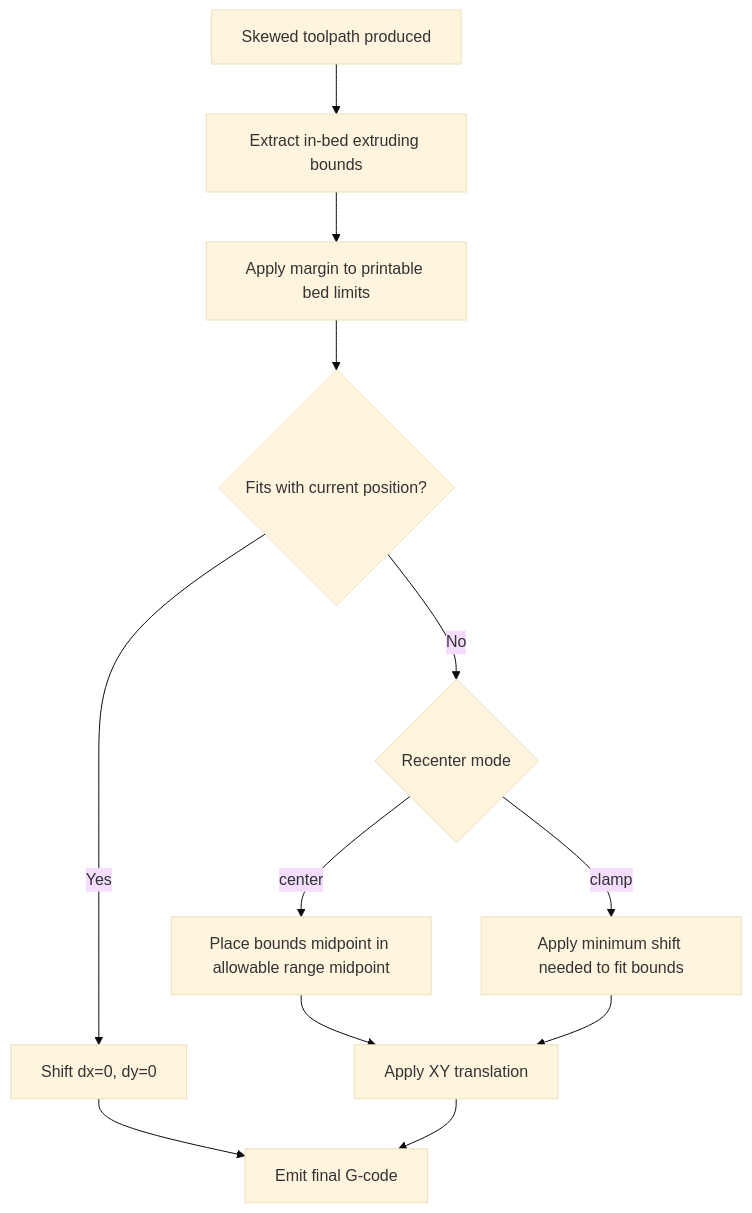
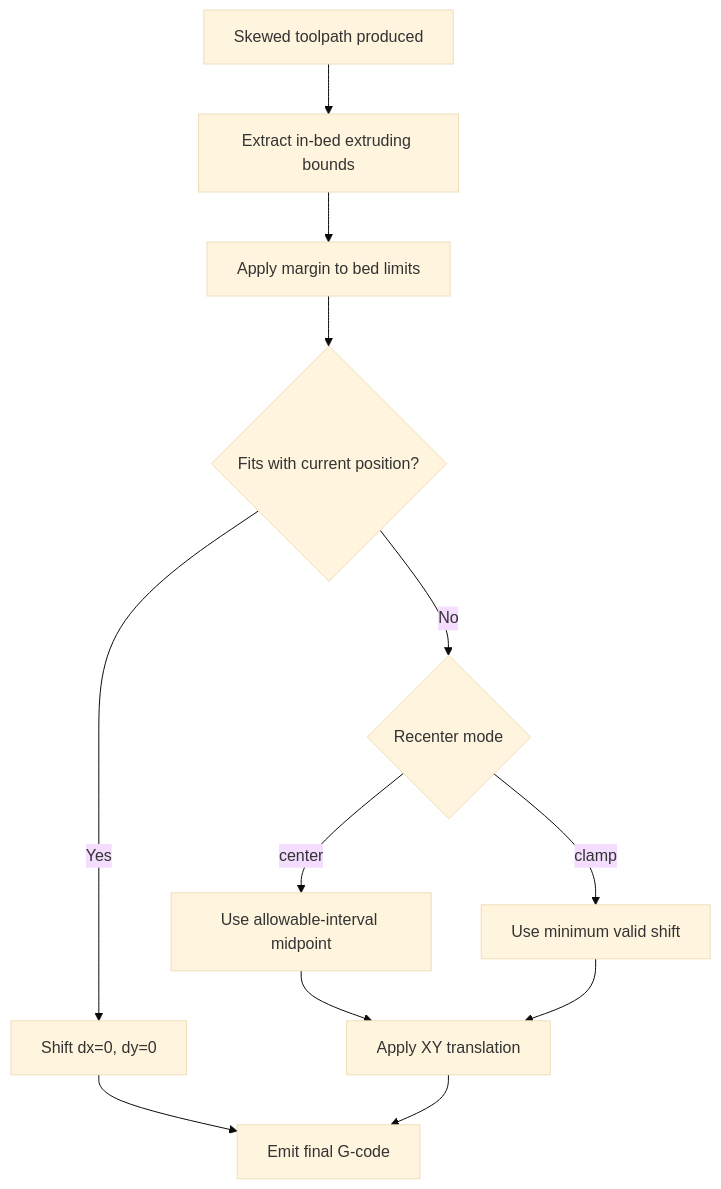
The third of 4 diagrams in README.md (hyiger/prusaslicer-skew-fix), drawn with Mermaid (base theme) before and after one commit. The commit also changed other lines of this file and 2 other files, not shown here.

Commit message:
docs: reorganize documentation and add process diagrams

````diff
--- a/README.md
+++ b/README.md
@@ -345,14 +156,14 @@
 ```mermaid
 flowchart TD
   A["Skewed toolpath produced"] --> B["Extract in-bed extruding bounds"]
-  B --> C["Apply margin to printable bed limits"]
+  B --> C["Apply margin to bed limits"]
   C --> D{"Fits with current position?"}
   D -- "Yes" --> E["Shift dx=0, dy=0"]
   D -- "No" --> F{"Recenter mode"}
-  F -- "center" --> G["Place bounds midpoint in allowable range midpoint"]
-  F -- "clamp" --> H["Apply minimum shift needed to fit bounds"]
+  F -- "center" --> G["Use allowable-interval midpoint"]
+  F -- "clamp" --> H["Use minimum valid shift"]
   G --> I["Apply XY translation"]
   H --> I
   E --> J["Emit final G-code"]
   I --> J
 ```
````
